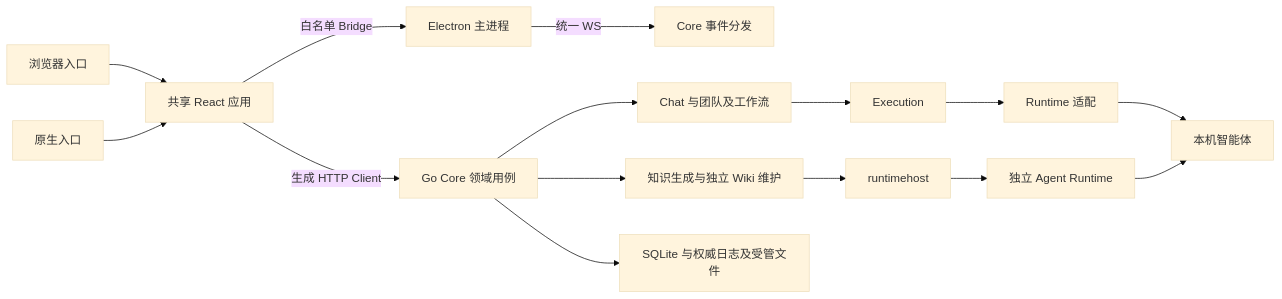
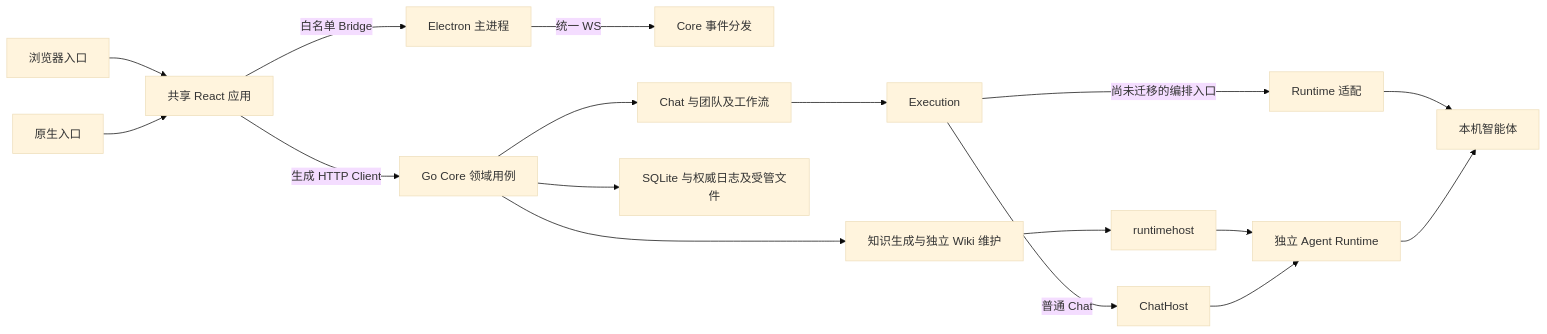
The diagram in docs/architecture/overview-cn.md (JieWaZi/NeuxBot), drawn with Mermaid (base theme) before and after one commit. The commit also changed other lines of this file and 49 other files, not shown here.

First line of the commit message:
refactor(runtime): 重构普通聊天执行链路并接入独立 Agent Runtime

````diff
--- a/docs/architecture/overview-cn.md
+++ b/docs/architecture/overview-cn.md
@@ -5,17 +5,19 @@
 ```mermaid
 flowchart LR
   Web[浏览器入口] --> UI[共享 React 应用]
   Native[原生入口] --> UI
   UI -->|生成 HTTP Client| Core[Go Core 领域用例]
   UI -->|白名单 Bridge| Desktop[Electron 主进程]
   Desktop -->|统一 WS| Events[Core 事件分发]
   Core --> Chat[Chat 与团队及工作流]
   Chat --> Execution[Execution]
-  Execution --> Runtime[Runtime 适配]
+  Execution -->|普通 Chat| ChatHost[ChatHost]
+  Execution -->|尚未迁移的编排入口| Runtime[Runtime 适配]
   Runtime --> CLI[本机智能体]
   Core --> Knowledge[知识生成与独立 Wiki 维护]
   Knowledge --> Host[runtimehost]
   Host --> AgentRuntime[独立 Agent Runtime]
+  ChatHost --> AgentRuntime
   AgentRuntime --> CLI
   Core --> Store[SQLite 与权威日志及受管文件]
 ```
````
